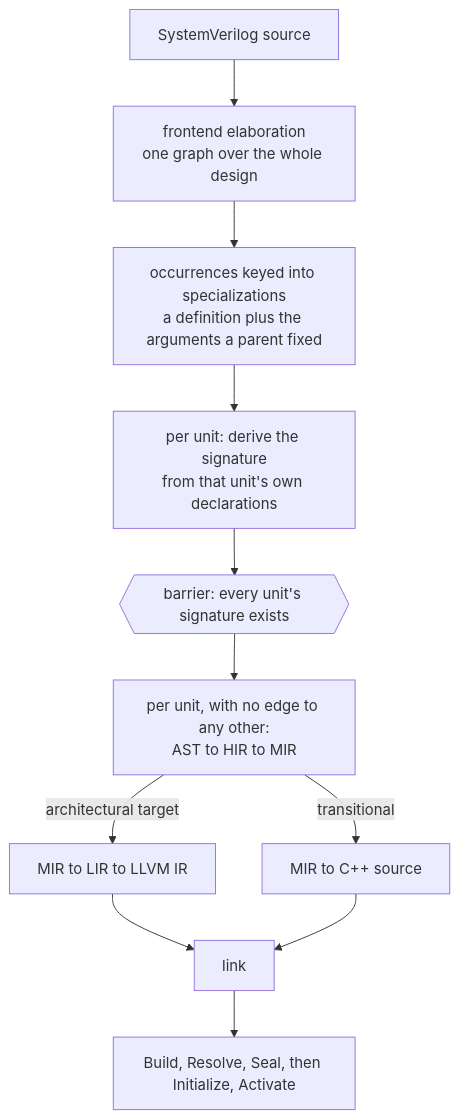
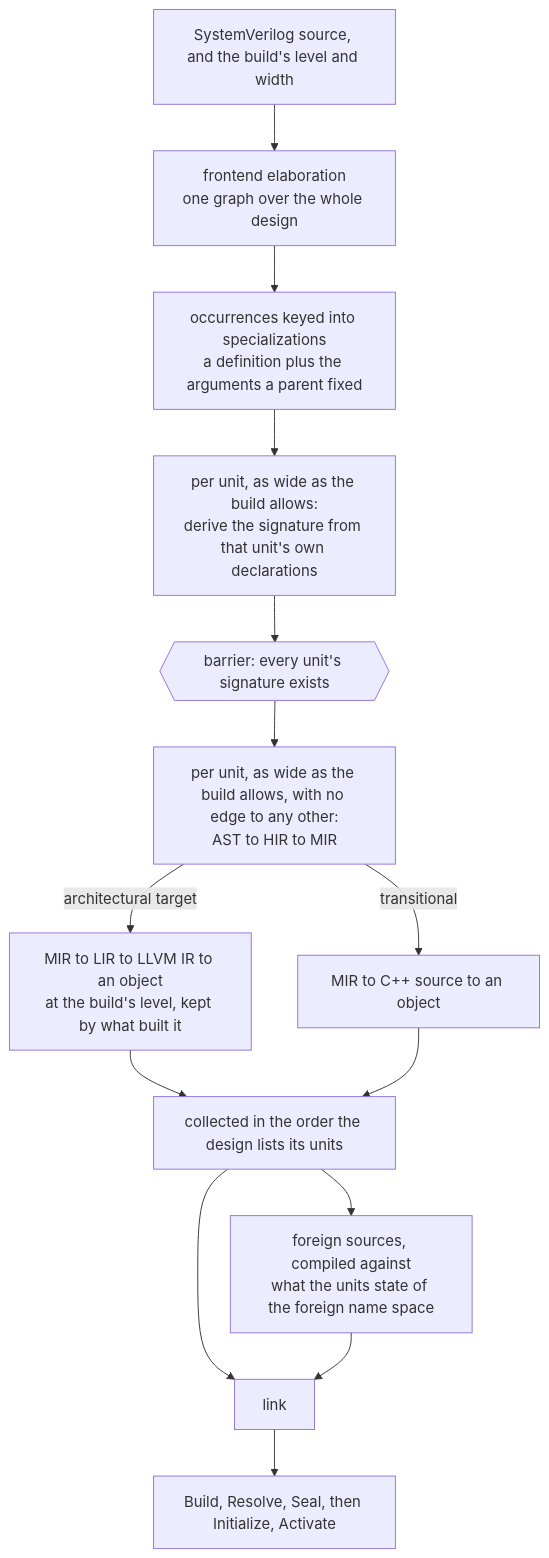
The diagram in docs/architecture/compiler_overview.md (hankhsu1996/lyra), drawn with Mermaid before and after one commit. The commit also changed other lines of this file and 32 other files, not shown here.

First line of the commit message:
Compile each unit end to end as wide as asked (#1267)

````diff
--- a/docs/architecture/compiler_overview.md
+++ b/docs/architecture/compiler_overview.md
@@ -45,15 +45,18 @@
 ```mermaid
 flowchart TB
-  SRC["SystemVerilog source"] --> FE["frontend elaboration<br/>one graph over the whole design"]
+  SRC["SystemVerilog source, and the build's level and width"] --> FE["frontend elaboration<br/>one graph over the whole design"]
   FE --> SP["occurrences keyed into specializations<br/>a definition plus the arguments a parent fixed"]
 
-  SP --> D["per unit: derive the signature<br/>from that unit's own declarations"]
+  SP --> D["per unit, as wide as the build allows:<br/>derive the signature from that unit's own declarations"]
   D --> BAR{{"barrier: every unit's signature exists"}}
 
-  BAR --> U["per unit, with no edge to any other:<br/>AST to HIR to MIR"]
-  U -->|"architectural target"| LIR["MIR to LIR to LLVM IR"]
-  U -->|"transitional"| CPP["MIR to C++ source"]
-  LIR --> LNK["link"]
-  CPP --> LNK
+  BAR --> U["per unit, as wide as the build allows, with no edge to any other:<br/>AST to HIR to MIR"]
+  U -->|"architectural target"| LIR["MIR to LIR to LLVM IR to an object<br/>at the build's level, kept by what built it"]
+  U -->|"transitional"| CPP["MIR to C++ source to an object"]
+  LIR --> COL["collected in the order the design lists its units"]
+  CPP --> COL
+  COL --> FGN["foreign sources, compiled against<br/>what the units state of the foreign name space"]
+  COL --> LNK["link"]
+  FGN --> LNK
   LNK --> RUN["Build, Resolve, Seal, then Initialize, Activate"]
 ```
````
